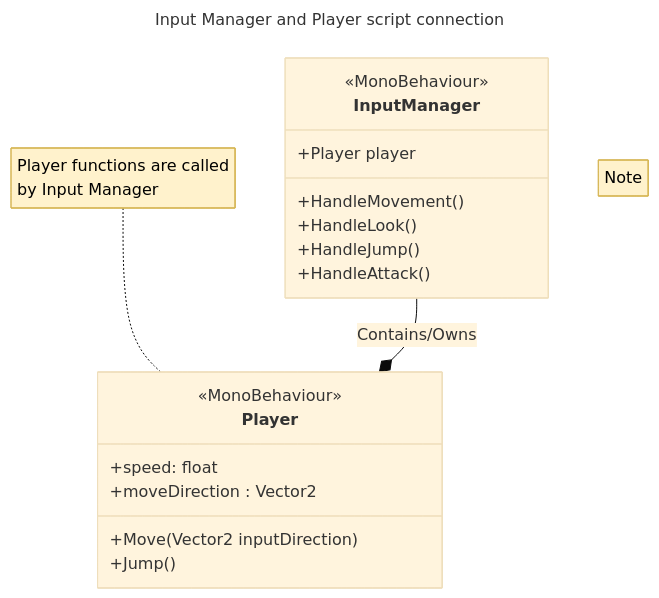
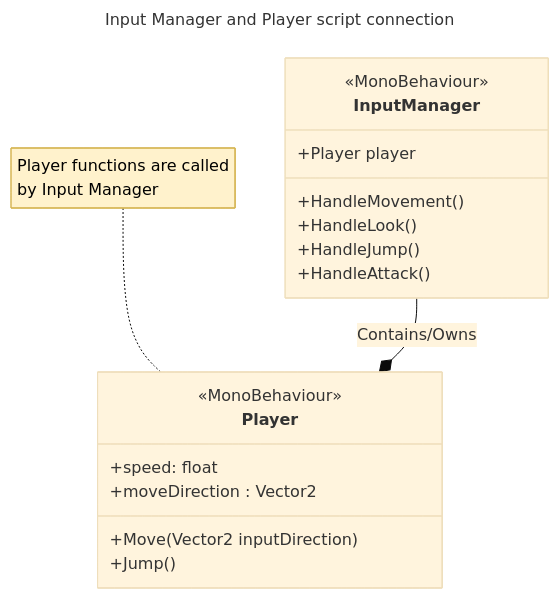
One commit to ThomasNRP4K/S2_Ba_26F_open_ended_unity changed the diagram in Assets/Project Diagrams/input_manager_player_code_design.md. Above: the diagram before and after it, drawn with Mermaid.

````diff
--- a/Assets/Project Diagrams/input_manager_player_code_design.md
+++ b/Assets/Project Diagrams/input_manager_player_code_design.md
@@ -1,43 +1,41 @@
 ```mermaid
 ---
 title: Input Manager and Player script connection
 config:
   theme: base
   themeVariables:
     noteBkgColor: '#FFF2CC'
     noteBorderColor: '#D6B656'
     noteTextColor: '#000000'
 ---
 
 classDiagram
 
 	class InputManager{
 		<<MonoBehaviour>>
 		+Player player
 		+HandleMovement()
 		+HandleLook()
 		+HandleJump()
 		+HandleAttack()
 	}
 
-	note for Player "Player functions are called <br> by  Input Manager"
+	note for Player "Player functions are called <br> by Input Manager"
 	class Player{
 		<<MonoBehaviour>>
 		+speed: float
 		+moveDirection : Vector2
 		+Move(Vector2 inputDirection)
 		+Jump()
 	}
 
 
 	%% Connections
 	InputManager --* Player: Contains/Owns
 
 
-	%% notes
-	note "Note"
 
 
 
 
 ```
````
